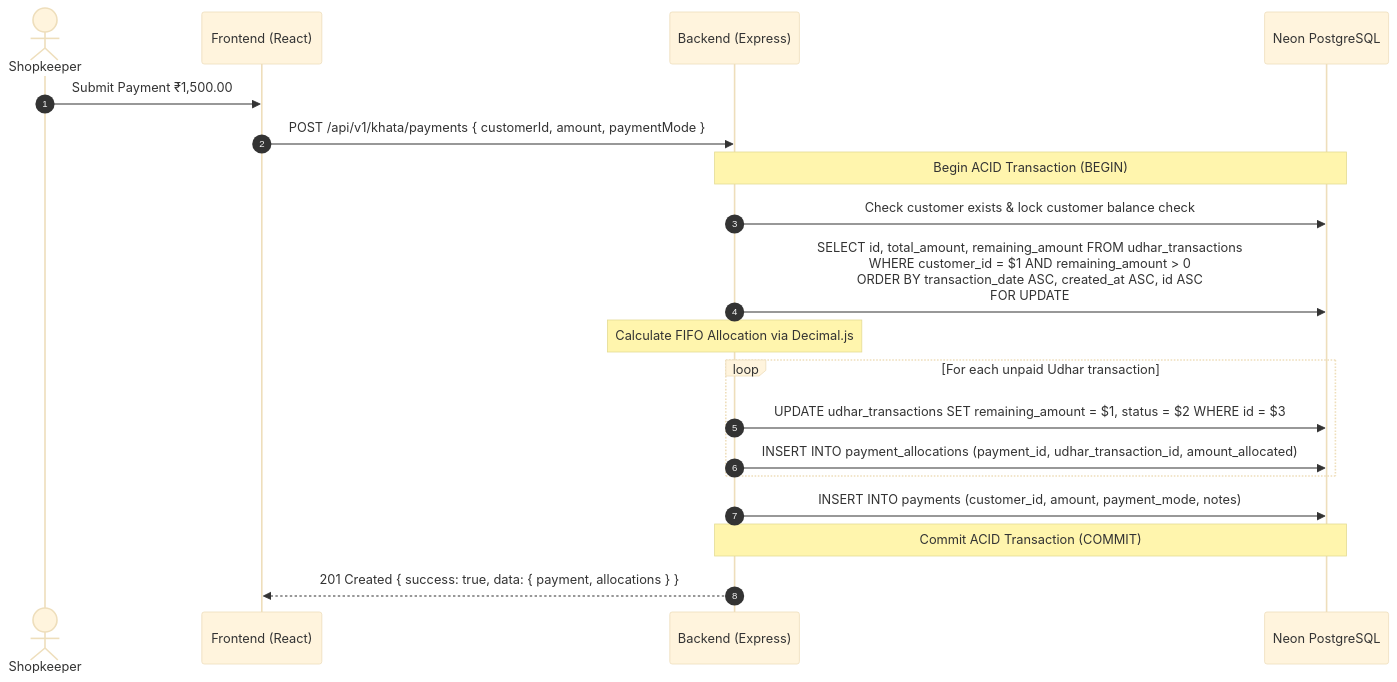
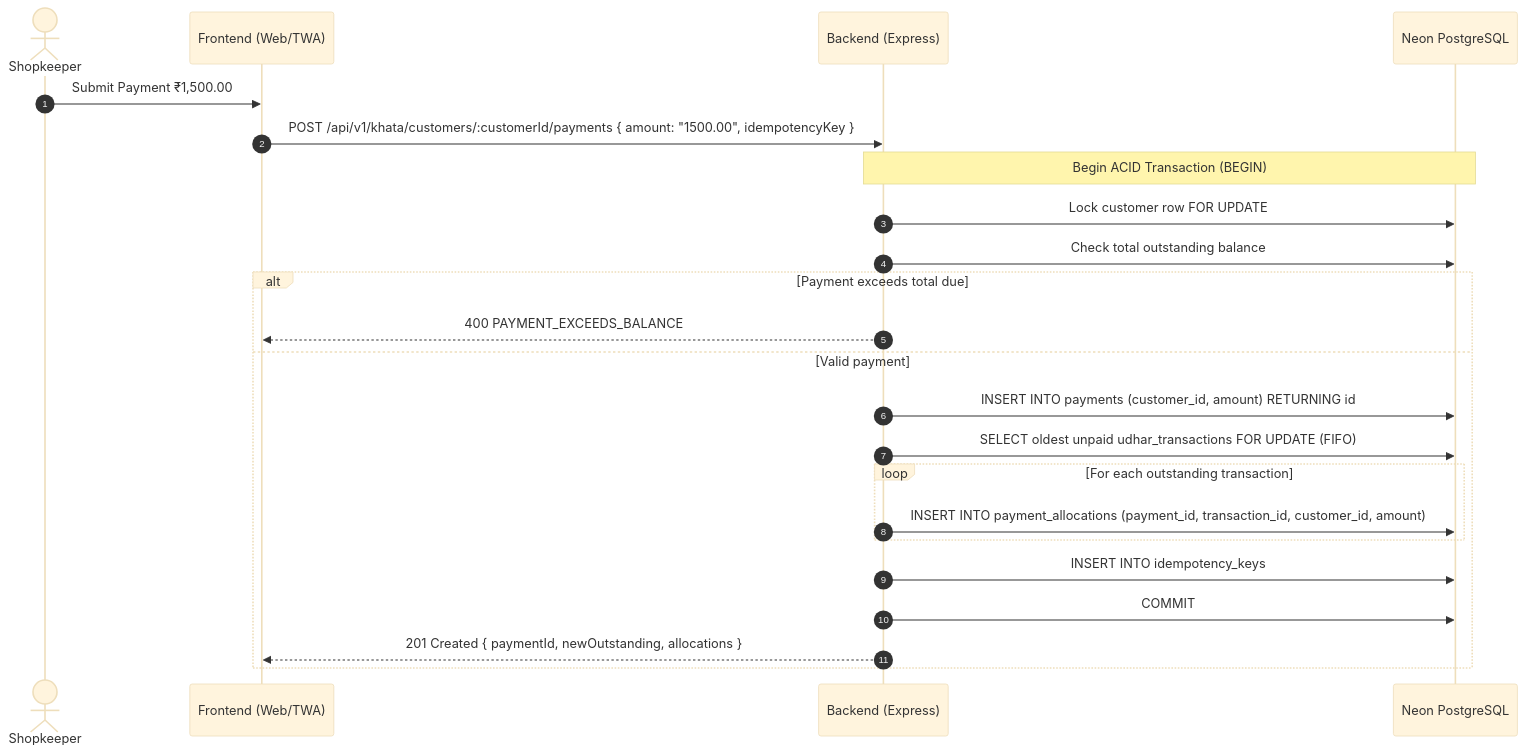
One commit to abraj12/khata-copy changed the second of 2 diagrams in docs/ARCHITECTURE.md. Above: the diagram before and after it, drawn with Mermaid (base theme). The commit also changed other lines of this file and 103 other files, not shown here.

First line of the commit message:
feat(remediation): complete TWA migration, strict scale quantity, allocation integrity, and accessibility hardening

````diff
--- a/docs/ARCHITECTURE.md
+++ b/docs/ARCHITECTURE.md
@@ -89,22 +60,26 @@
 ```mermaid
 sequenceDiagram
     autonumber
     actor Owner as Shopkeeper
-    participant Client as Frontend (React)
+    participant Client as Frontend (Web/TWA)
     participant Server as Backend (Express)
     participant DB as Neon PostgreSQL
 
     Owner->>Client: Submit Payment ₹1,500.00
-    Client->>Server: POST /api/v1/khata/payments { customerId, amount, paymentMode }
+    Client->>Server: POST /api/v1/khata/customers/:customerId/payments { amount: "1500.00", idempotencyKey }
     Note over Server,DB: Begin ACID Transaction (BEGIN)
-    Server->>DB: Check customer exists & lock customer balance check
-    Server->>DB: SELECT id, total_amount, remaining_amount FROM udhar_transactions<br/>WHERE customer_id = $1 AND remaining_amount > 0<br/>ORDER BY transaction_date ASC, created_at ASC, id ASC<br/>FOR UPDATE
-    Note over Server: Calculate FIFO Allocation via Decimal.js
-    loop For each unpaid Udhar transaction
-        Server->>DB: UPDATE udhar_transactions SET remaining_amount = $1, status = $2 WHERE id = $3
-        Server->>DB: INSERT INTO payment_allocations (payment_id, udhar_transaction_id, amount_allocated)
+    Server->>DB: Lock customer row FOR UPDATE
+    Server->>DB: Check total outstanding balance
+    alt Payment exceeds total due
+        Server-->>Client: 400 PAYMENT_EXCEEDS_BALANCE
+    else Valid payment
+        Server->>DB: INSERT INTO payments (customer_id, amount) RETURNING id
+        Server->>DB: SELECT oldest unpaid udhar_transactions FOR UPDATE (FIFO)
+        loop For each outstanding transaction
+            Server->>DB: INSERT INTO payment_allocations (payment_id, transaction_id, customer_id, amount)
+        end
+        Server->>DB: INSERT INTO idempotency_keys
+        Server->>DB: COMMIT
+        Server-->>Client: 201 Created { paymentId, newOutstanding, allocations }
     end
-    Server->>DB: INSERT INTO payments (customer_id, amount, payment_mode, notes)
-    Note over Server,DB: Commit ACID Transaction (COMMIT)
-    Server-->>Client: 201 Created { success: true, data: { payment, allocations } }
 ```
````
